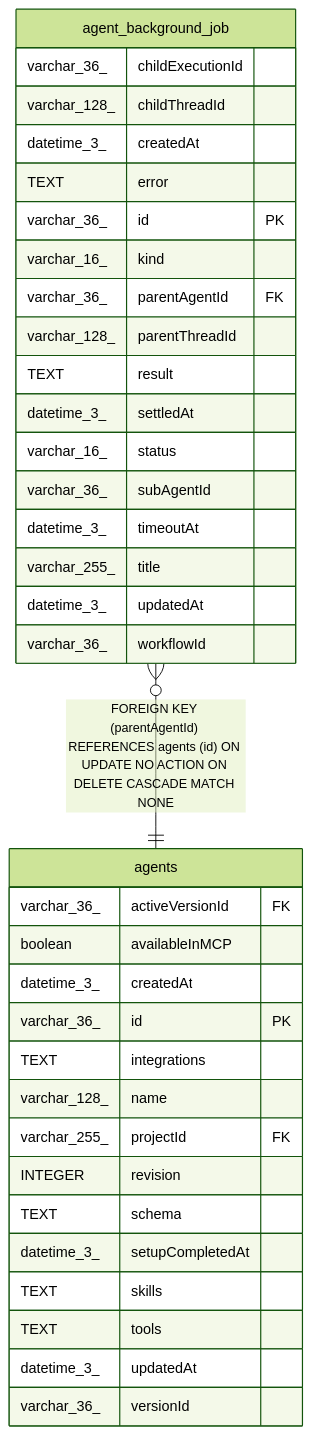
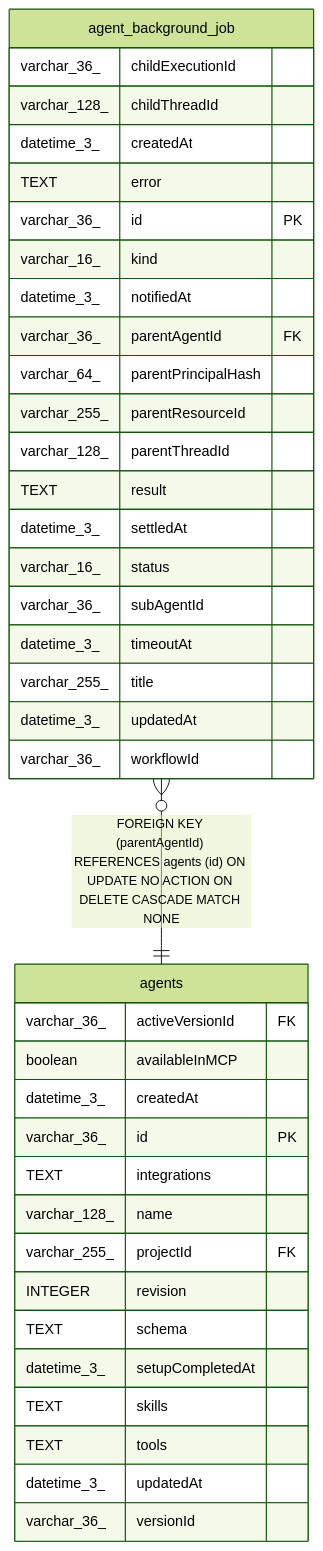
One commit to Tanishq-1/all-global-plugin changed the diagram in universal-plugin/backend/oss/n8n/docs/generated/sqlite-schema/agent_background_job.md. Above: the diagram before and after it, drawn with Mermaid (forest theme). The commit also changed other lines of this file and 3199 other files, not shown here.

````diff
--- a/universal-plugin/backend/oss/n8n/docs/generated/sqlite-schema/agent_background_job.md
+++ b/universal-plugin/backend/oss/n8n/docs/generated/sqlite-schema/agent_background_job.md
@@ -58,40 +62,43 @@
 ```mermaid
 erDiagram
 
 "agent_background_job" }o--|| "agents" : "FOREIGN KEY (parentAgentId) REFERENCES agents (id) ON UPDATE NO ACTION ON DELETE CASCADE MATCH NONE"
 
 "agent_background_job" {
   varchar_36_ childExecutionId
   varchar_128_ childThreadId
   datetime_3_ createdAt
   TEXT error
   varchar_36_ id PK
   varchar_16_ kind
+  datetime_3_ notifiedAt
   varchar_36_ parentAgentId FK
+  varchar_64_ parentPrincipalHash
+  varchar_255_ parentResourceId
   varchar_128_ parentThreadId
   TEXT result
   datetime_3_ settledAt
   varchar_16_ status
   varchar_36_ subAgentId
   datetime_3_ timeoutAt
   varchar_255_ title
   datetime_3_ updatedAt
   varchar_36_ workflowId
 }
 "agents" {
   varchar_36_ activeVersionId FK
   boolean availableInMCP
   datetime_3_ createdAt
   varchar_36_ id PK
   TEXT integrations
   varchar_128_ name
   varchar_255_ projectId FK
   INTEGER revision
   TEXT schema
   datetime_3_ setupCompletedAt
   TEXT skills
   TEXT tools
   datetime_3_ updatedAt
   varchar_36_ versionId
 }
 ```
````
